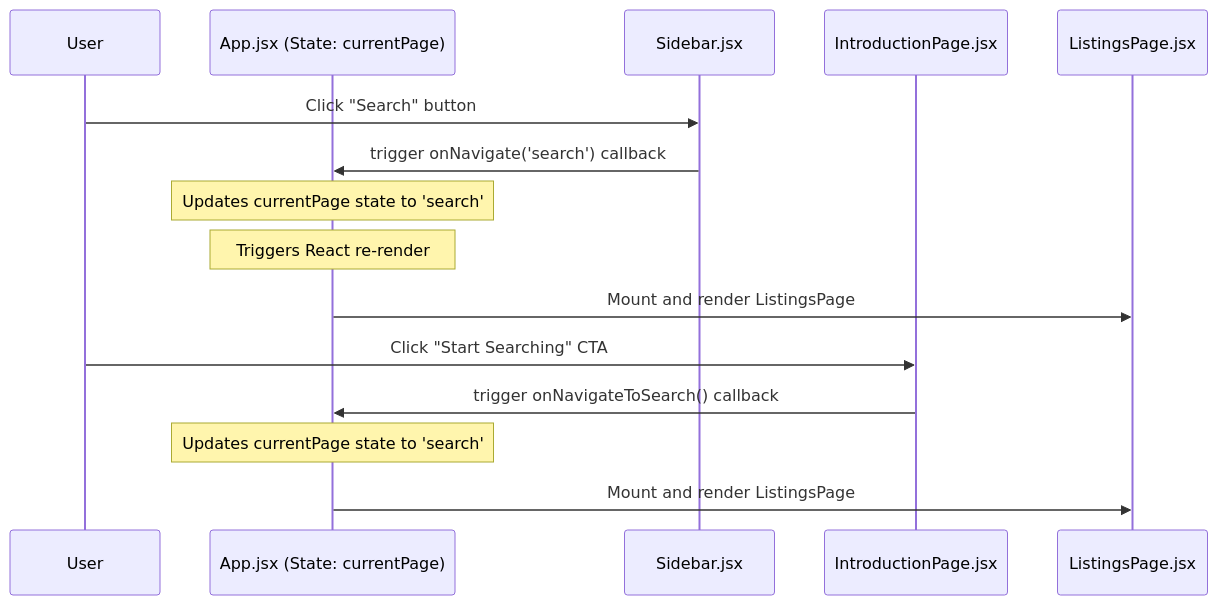
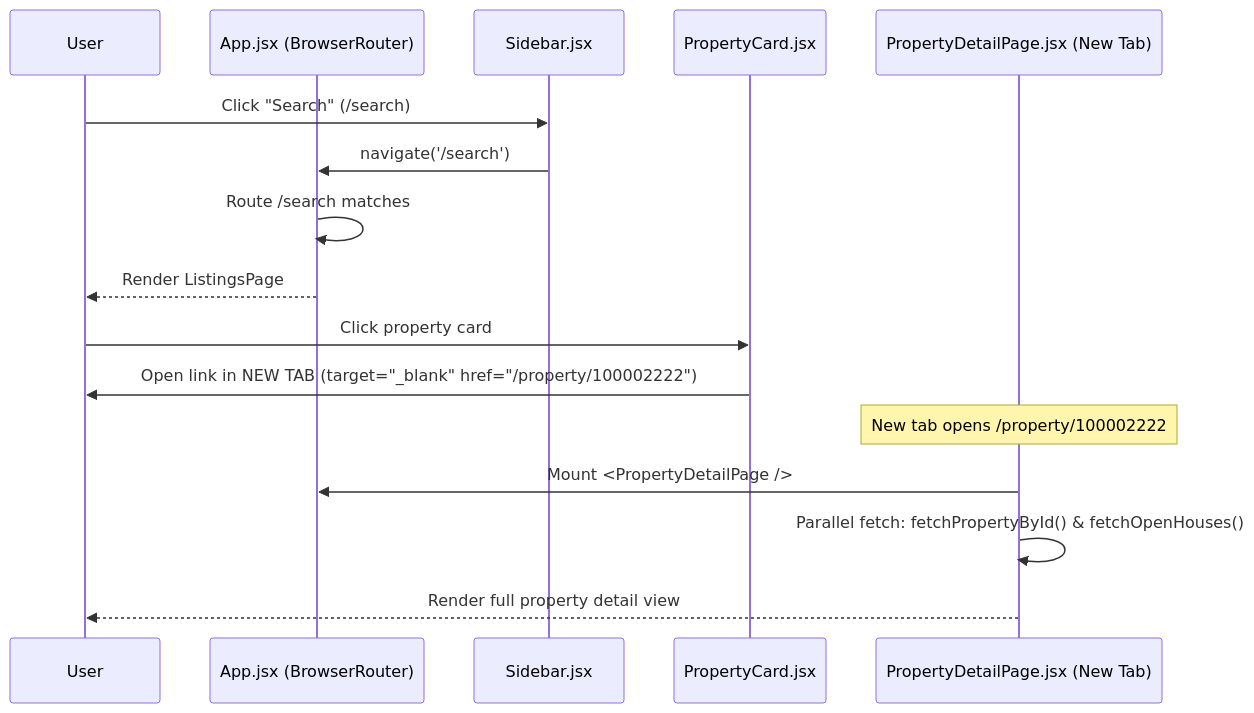
Before and after one commit to Franghias/SDE_Intern_IDXExchange: the third of 4 diagrams in frontend/FLOW.md, drawn with Mermaid. The commit also changed other lines of this file and 29 other files, not shown here.

````diff
--- a/frontend/FLOW.md
+++ b/frontend/FLOW.md
@@ -74,18 +79,20 @@
 ```mermaid
 sequenceDiagram
     participant User
-    participant App as App.jsx (State: currentPage)
+    participant App as App.jsx (BrowserRouter)
     participant Sidebar as Sidebar.jsx
-    participant Intro as IntroductionPage.jsx
-    participant Listings as ListingsPage.jsx
+    participant Card as PropertyCard.jsx
+    participant DetailPage as PropertyDetailPage.jsx (New Tab)
 
-    User->>Sidebar: Click "Search" button
-    Sidebar->>App: trigger onNavigate('search') callback
-    Note over App: Updates currentPage state to 'search'
-    Note over App: Triggers React re-render
-    App->>Listings: Mount and render ListingsPage
-    User->>Intro: Click "Start Searching" CTA
-    Intro->>App: trigger onNavigateToSearch() callback
-    Note over App: Updates currentPage state to 'search'
-    App->>Listings: Mount and render ListingsPage
+    User->>Sidebar: Click "Search" (/search)
+    Sidebar->>App: navigate('/search')
+    App->>App: Route /search matches
+    App-->>User: Render ListingsPage
+
+    User->>Card: Click property card
+    Card->>User: Open link in NEW TAB (target="_blank" href="/property/100002222")
+    Note over DetailPage: New tab opens /property/100002222
+    DetailPage->>App: Mount <PropertyDetailPage />
+    DetailPage->>DetailPage: Parallel fetch: fetchPropertyById() & fetchOpenHouses()
+    DetailPage-->>User: Render full property detail view
 ```
````
